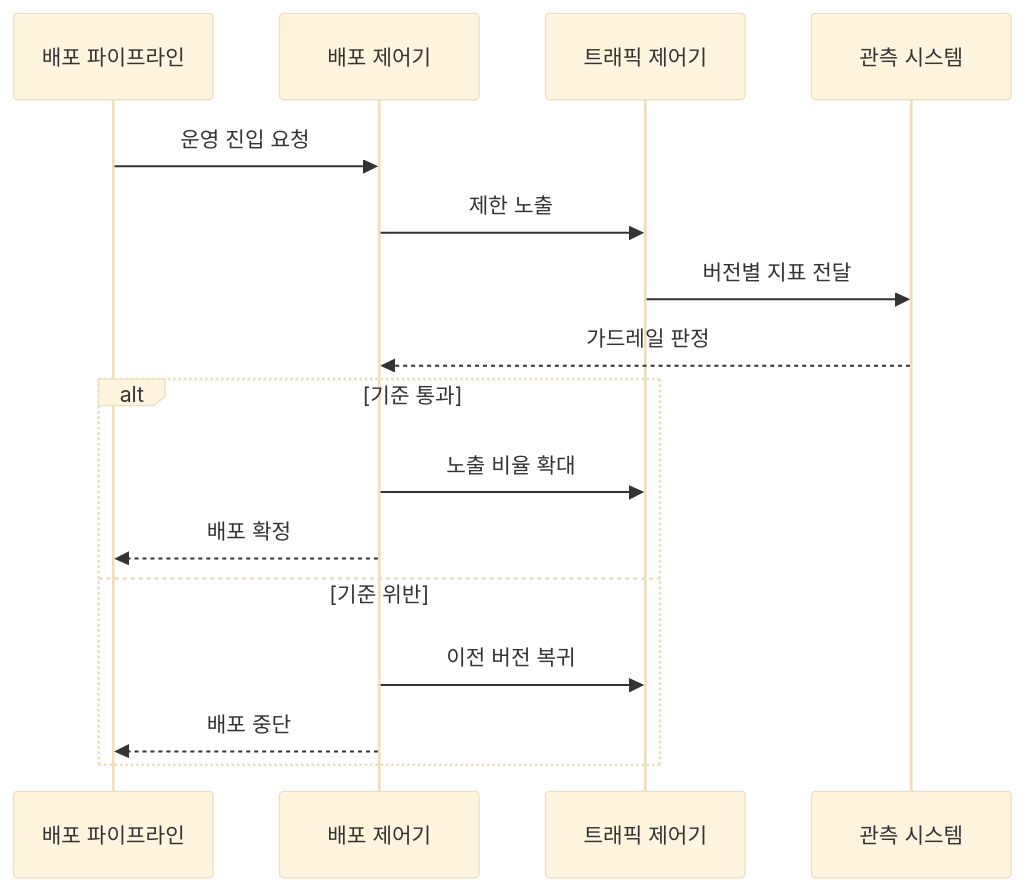
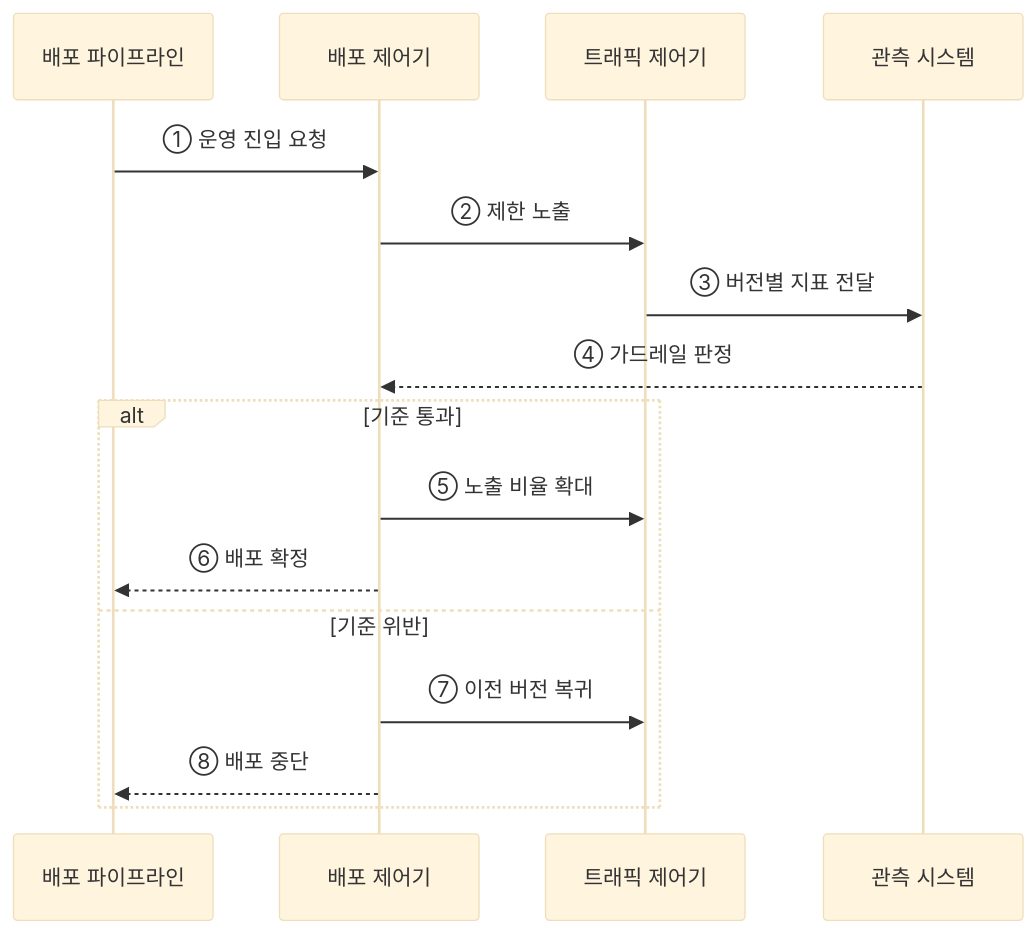
Before and after one commit to agnusdei1207/knowledge-base: the second of 2 diagrams in src/content/docs/notes/03-software/054_continuous_deployment.md, drawn with Mermaid (base theme). The commit also changed other lines of this file and 20 other files, not shown here.

````diff
--- a/src/content/docs/notes/03-software/054_continuous_deployment.md
+++ b/src/content/docs/notes/03-software/054_continuous_deployment.md
@@ -81,18 +71,18 @@
 ```mermaid
 sequenceDiagram
     participant P as 배포 파이프라인
     participant D as 배포 제어기
     participant T as 트래픽 제어기
     participant O as 관측 시스템
-    P->>D: 운영 진입 요청
-    D->>T: 제한 노출
-    T->>O: 버전별 지표 전달
-    O-->>D: 가드레일 판정
+    P->>D: ① 운영 진입 요청
+    D->>T: ② 제한 노출
+    T->>O: ③ 버전별 지표 전달
+    O-->>D: ④ 가드레일 판정
     alt 기준 통과
-        D->>T: 노출 비율 확대
-        D-->>P: 배포 확정
+        D->>T: ⑤ 노출 비율 확대
+        D-->>P: ⑥ 배포 확정
     else 기준 위반
-        D->>T: 이전 버전 복귀
-        D-->>P: 배포 중단
+        D->>T: ⑦ 이전 버전 복귀
+        D-->>P: ⑧ 배포 중단
     end
 ```
````
